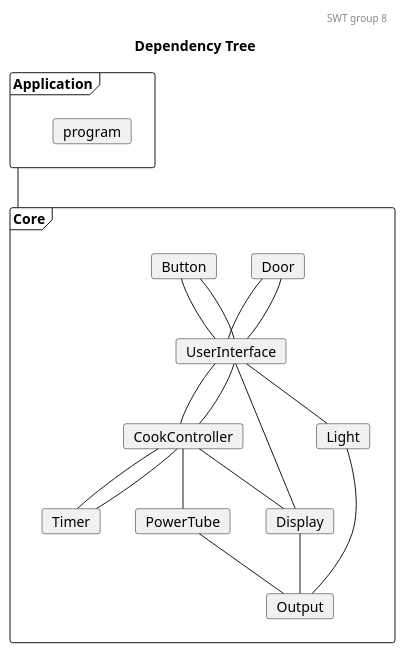
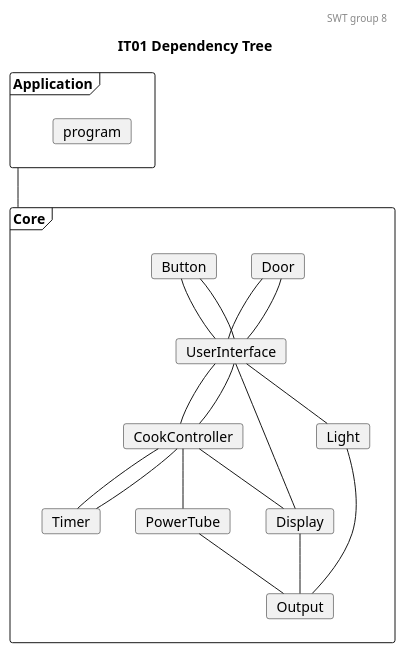
Before and after one commit to mikkel-ol/I4SWT-MicrowaveOven: the diagram in docs/DependencyTree.plantuml, drawn with PlantUML. The commit also changed 8 other files, not shown here.

```diff
--- a/docs/DependencyTree.plantuml
+++ b/docs/DependencyTree.plantuml
@@ -1,77 +1,77 @@
 @startuml
 
 'Testing colors:
 skinparam card{
     backgroundColor<<tested>> lawngreen
     backgroundColor<<sut>> salmon
     backgroundColor<<test>> salmon
     backgroundColor<<fake>> gold
 }
 
 header SWT group 8
-title Dependency Tree
+title IT01 Dependency Tree
 
 frame Application{
     card program
 }
 
 frame Core{
 '0.
     card Door
     card Button
 
 '1.
     card UserInterface
 
 '2.
     card CookController
     card Light
 
 '3.
     card Timer
     card PowerTube
     card Display
 
 '4 
     card Output
 
 
 }
 Application -- Core
 
 'Relations projects
 ' 0. to 1.
 Door -- UserInterface
 Door -- UserInterface
 
 Button -- UserInterface
 Button -- UserInterface
 
 
 'Relations CookController:
 '1.
 UserInterface -- CookController
 UserInterface -- CookController
 '1. to 2.
 'Door - CookController
 
 
 CookController -- PowerTube
 
 '1. to 2.
 UserInterface -- Display
 UserInterface -- Light
 CookController -- Display
 
 CookController -- Timer
 CookController -- Timer 
 
 
 ' Relations 2. to 3.
 Light -- Output
 Display -- Output
 PowerTube -- Output
 
 
 
 @enduml
```
